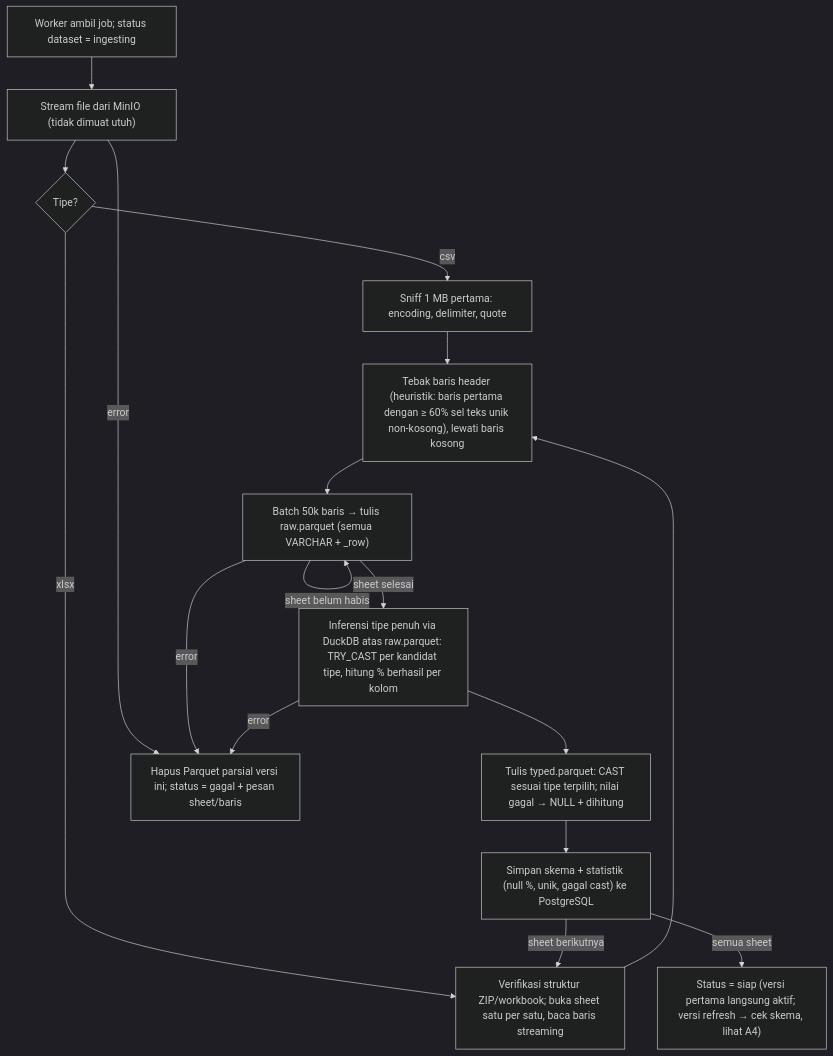
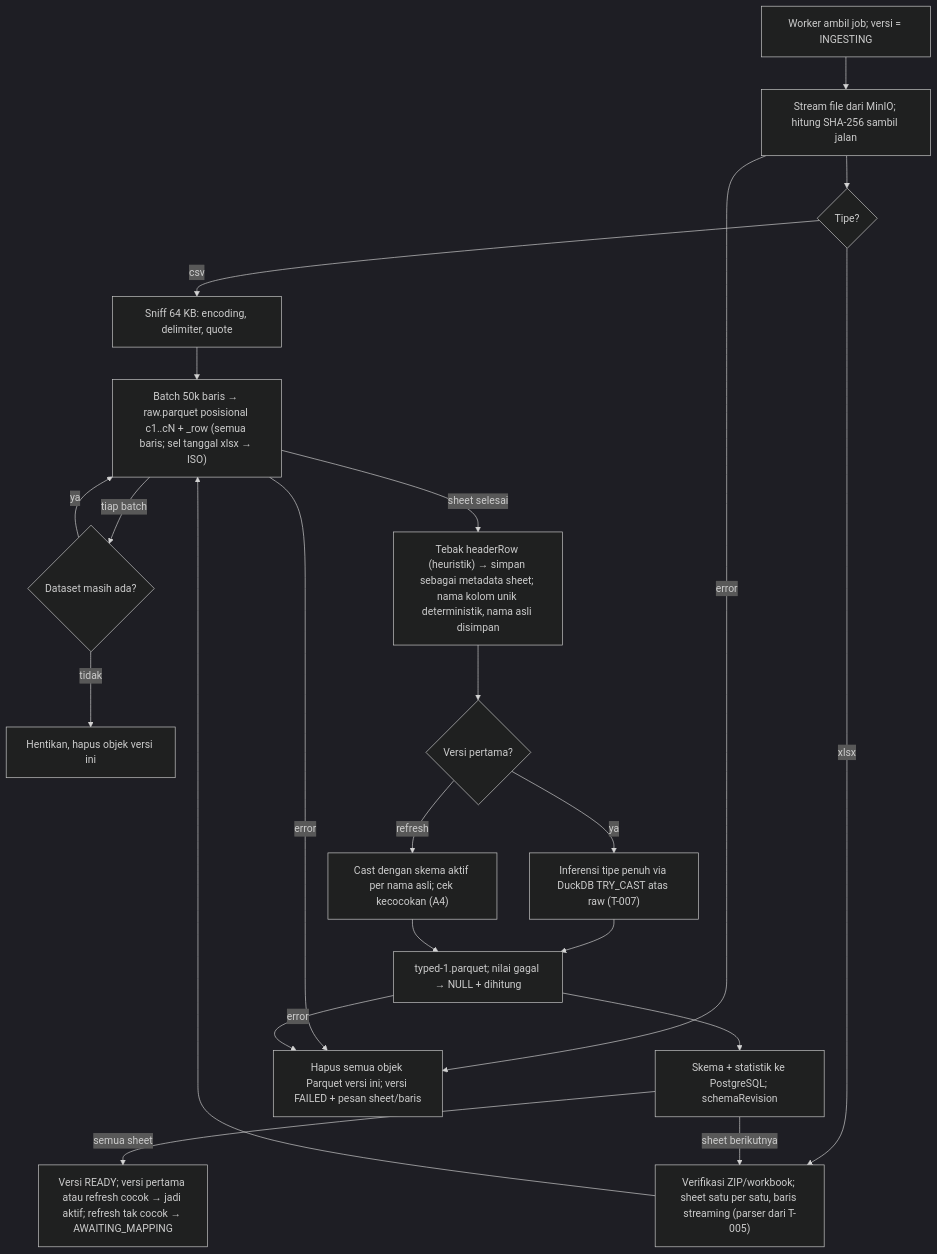
One commit to anas-fikri/data-dashboard changed the eighth of 9 diagrams in docs/flow-kerja.md. Above: the diagram before and after it, drawn with Mermaid (dark theme). The commit also changed other lines of this file and 53 other files, not shown here.

First line of the commit message:
docs: revisi 3 flow kerja + 24 task hasil review adversarial

````diff
--- a/docs/flow-kerja.md
+++ b/docs/flow-kerja.md
@@ -188,19 +198,24 @@
 ```mermaid
 flowchart TD
-  J["Worker ambil job; status dataset = ingesting"] --> ST["Stream file dari MinIO (tidak dimuat utuh)"]
+  J["Worker ambil job; versi = INGESTING"] --> ST["Stream file dari MinIO; hitung SHA-256 sambil jalan"]
   ST --> DT{"Tipe?"}
-  DT -->|csv| CS["Sniff 1 MB pertama: encoding, delimiter, quote"]
-  DT -->|xlsx| XS["Verifikasi struktur ZIP/workbook; buka sheet satu per satu, baca baris streaming"]
-  CS --> HB
-  XS --> HB["Tebak baris header (heuristik: baris pertama dengan ≥ 60% sel teks unik non-kosong), lewati baris kosong"]
-  HB --> RW["Batch 50k baris → tulis raw.parquet (semua VARCHAR + _row)"]
-  RW -->|sheet belum habis| RW
-  RW -->|sheet selesai| IF["Inferensi tipe penuh via DuckDB atas raw.parquet: TRY_CAST per kandidat tipe, hitung % berhasil per kolom"]
-  IF --> TP["Tulis typed.parquet: CAST sesuai tipe terpilih; nilai gagal → NULL + dihitung"]
-  TP --> SC["Simpan skema + statistik (null %, unik, gagal cast) ke PostgreSQL"]
+  DT -->|csv| CS["Sniff 64 KB: encoding, delimiter, quote"]
+  DT -->|xlsx| XS["Verifikasi ZIP/workbook; sheet satu per satu, baris streaming (parser dari T-005)"]
+  CS --> RW
+  XS --> RW["Batch 50k baris → raw.parquet posisional c1..cN + _row (semua baris; sel tanggal xlsx → ISO)"]
+  RW -->|tiap batch| CK{"Dataset masih ada?"}
+  CK -->|tidak| AB["Hentikan, hapus objek versi ini"]
+  CK -->|ya| RW
+  RW -->|sheet selesai| HB["Tebak headerRow (heuristik) → simpan sebagai metadata sheet; nama kolom unik deterministik, nama asli disimpan"]
+  HB --> IF{"Versi pertama?"}
+  IF -->|ya| IN["Inferensi tipe penuh via DuckDB TRY_CAST atas raw (T-007)"]
+  IF -->|refresh| CA["Cast dengan skema aktif per nama asli; cek kecocokan (A4)"]
+  IN --> TP["typed-1.parquet; nilai gagal → NULL + dihitung"]
+  CA --> TP
+  TP --> SC["Skema + statistik ke PostgreSQL; schemaRevision"]
   SC -->|sheet berikutnya| XS
-  SC -->|semua sheet| DN["Status = siap (versi pertama langsung aktif; versi refresh → cek skema, lihat A4)"]
+  SC -->|semua sheet| DN["Versi READY; versi pertama atau refresh cocok → jadi aktif; refresh tak cocok → AWAITING_MAPPING"]
   ST -->|error| CL
   RW -->|error| CL
-  IF -->|error| CL["Hapus Parquet parsial versi ini; status = gagal + pesan sheet/baris"]
+  TP -->|error| CL["Hapus semua objek Parquet versi ini; versi FAILED + pesan sheet/baris"]
 ```
````
